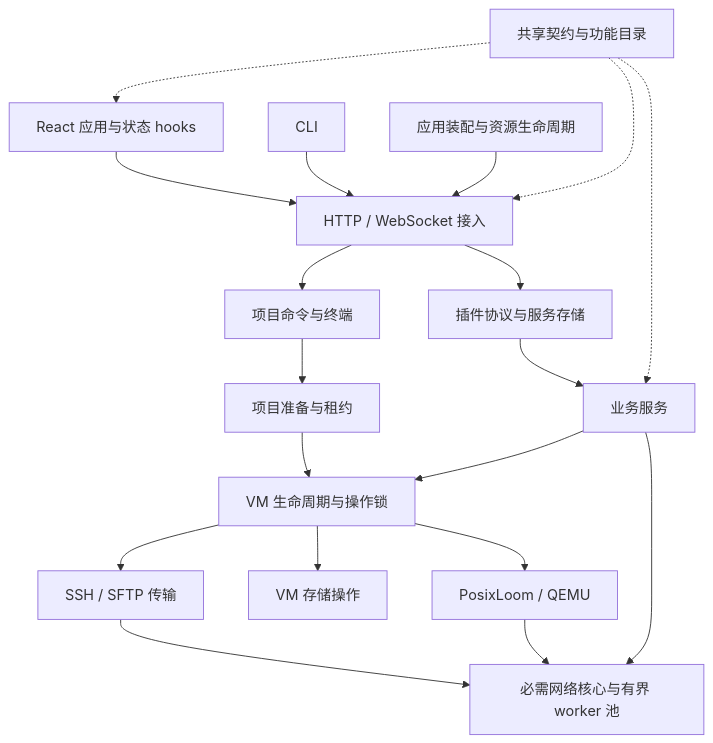
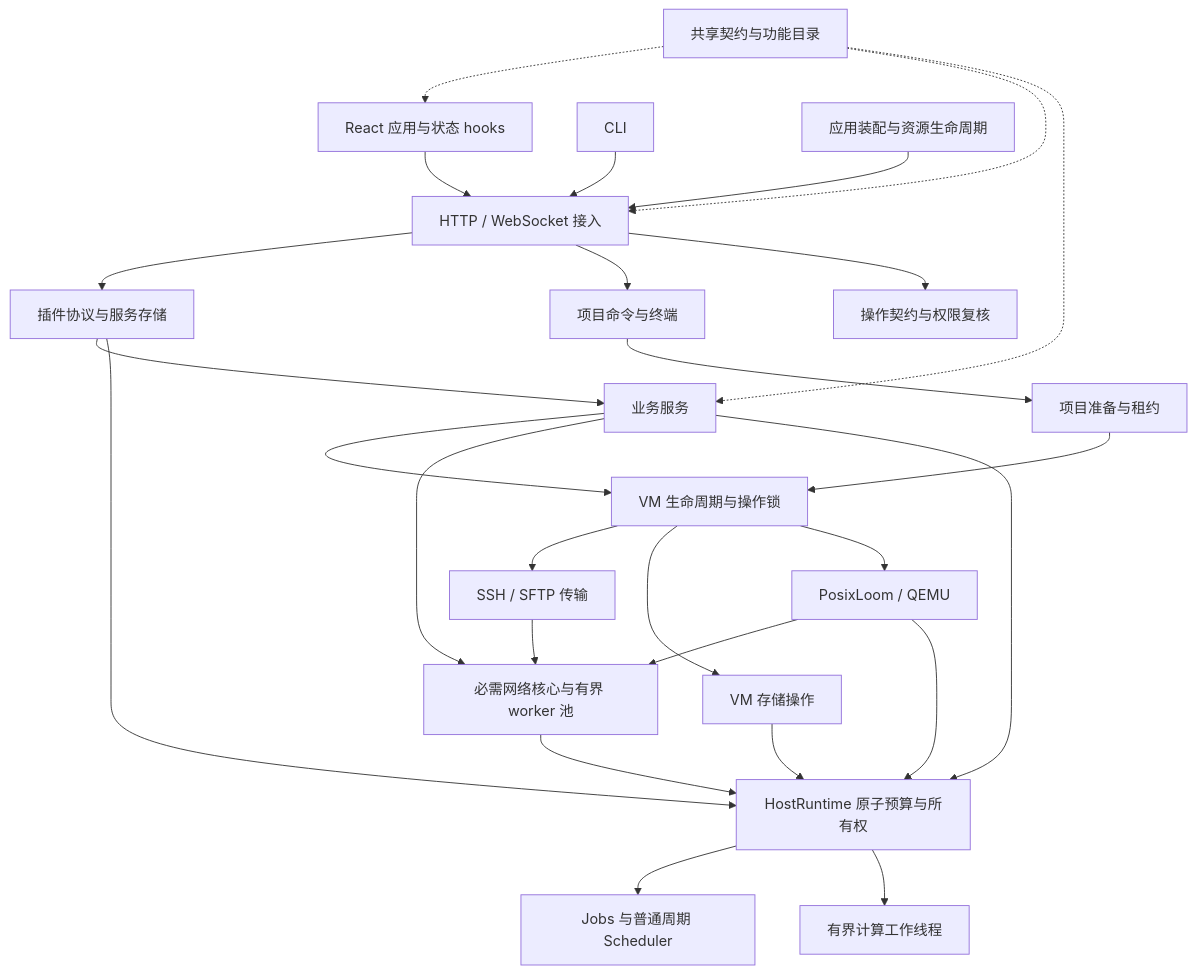
One commit to lyts825/sakura-vm changed the diagram in docs/architecture.md. Above: the diagram before and after it, drawn with Mermaid. The commit also changed other lines of this file and 18 other files, not shown here.

````diff
--- a/docs/architecture.md
+++ b/docs/architecture.md
@@ -5,21 +5,29 @@
 ```mermaid
 flowchart TD
   UI[React 应用与状态 hooks] --> HTTP[HTTP / WebSocket 接入]
   CLI[CLI] --> HTTP
   App[应用装配与资源生命周期] --> HTTP
   HTTP --> Plugins[插件协议与服务存储]
   HTTP --> Execution[项目命令与终端]
   Execution --> Preparation[项目准备与租约]
   Plugins --> Domain[业务服务]
   Preparation --> Machines[VM 生命周期与操作锁]
   Domain --> Machines
   Machines --> Transport[SSH / SFTP 传输]
   Machines --> Storage[VM 存储操作]
   Machines --> Runtime[PosixLoom / QEMU]
   Transport --> Network[必需网络核心与有界 worker 池]
   Runtime --> Network
   Domain --> Network
   Contracts[共享契约与功能目录] -.-> UI
   Contracts -.-> HTTP
   Contracts -.-> Domain
+  HTTP --> Gateway[操作契约与权限复核]
+  Domain --> Host[HostRuntime 原子预算与所有权]
+  Plugins --> Host
+  Network --> Host
+  Storage --> Host
+  Runtime --> Host
+  Host --> Jobs[Jobs 与普通周期 Scheduler]
+  Host --> Compute[有界计算工作线程]
 ```
````
